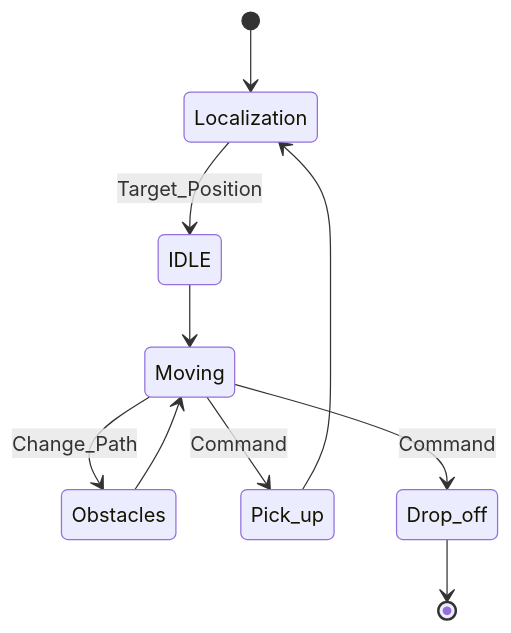
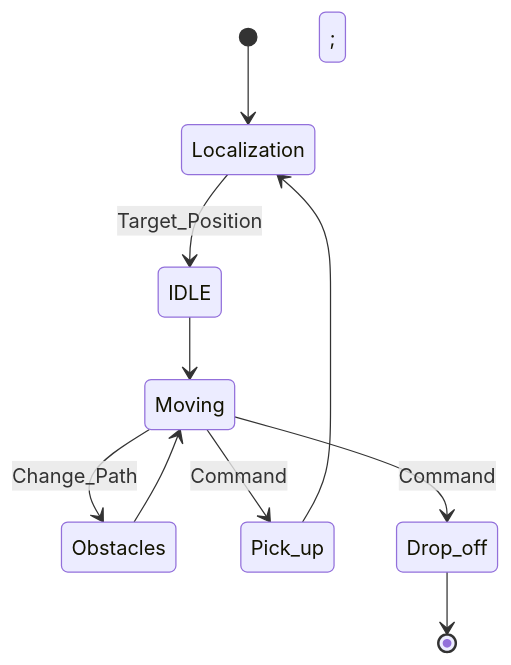
The diagram in _course-project/IMDL.md (mars-hss/mars-hss.github.io), drawn with Mermaid before and after one commit.

Commit message:
update mermaihnd again

```diff
--- a/_course-project/IMDL.md
+++ b/_course-project/IMDL.md
@@ -71,12 +71,12 @@
 <div class="mermaid">
-stateDiagram-v2
+stateDiagram
     [*] --> Localization
     Localization --> IDLE: Target_Position
     IDLE --> Moving
     Moving --> Obstacles: Change_Path
     Obstacles --> Moving
     Moving --> Pick_up: Command
     Pick_up --> Localization
     Moving --> Drop_off: Command
-    Drop_off --> [*]
+    Drop_off --> [*];
 </div>
```
